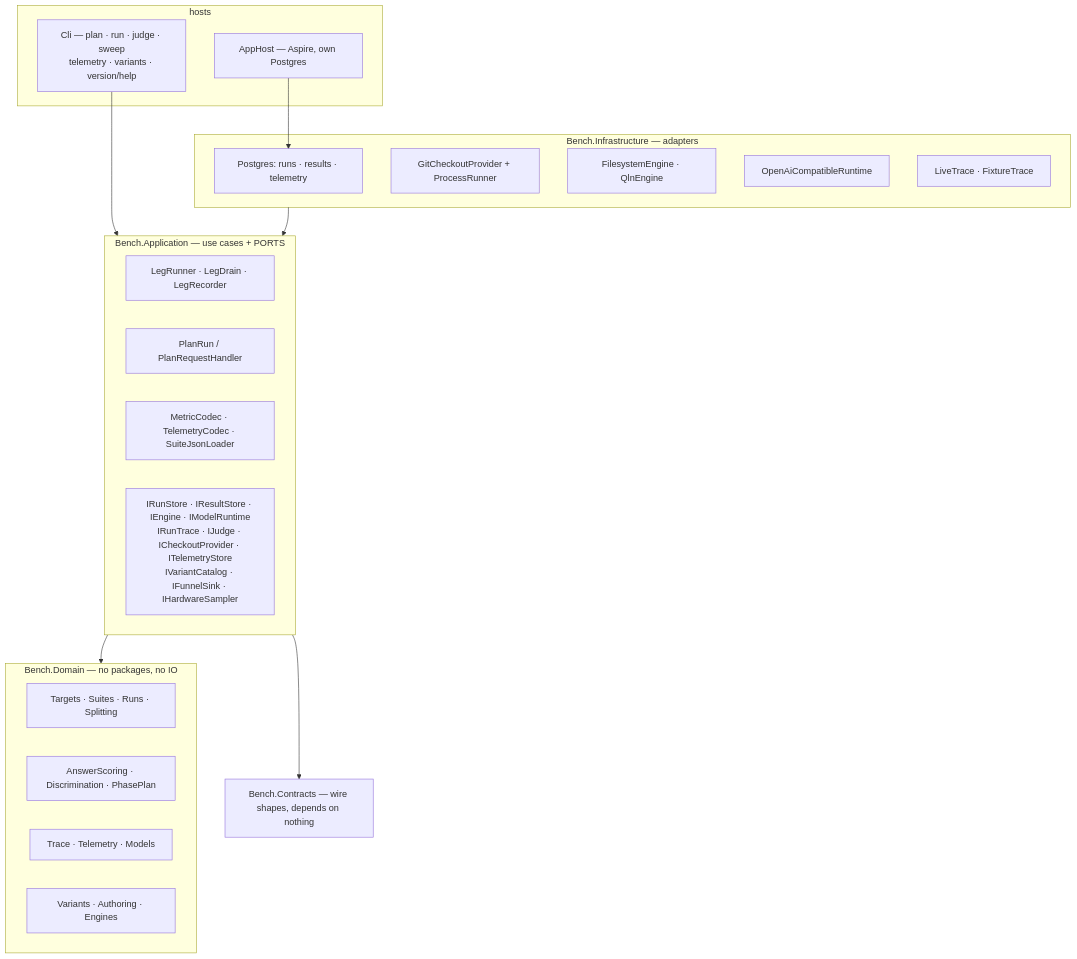
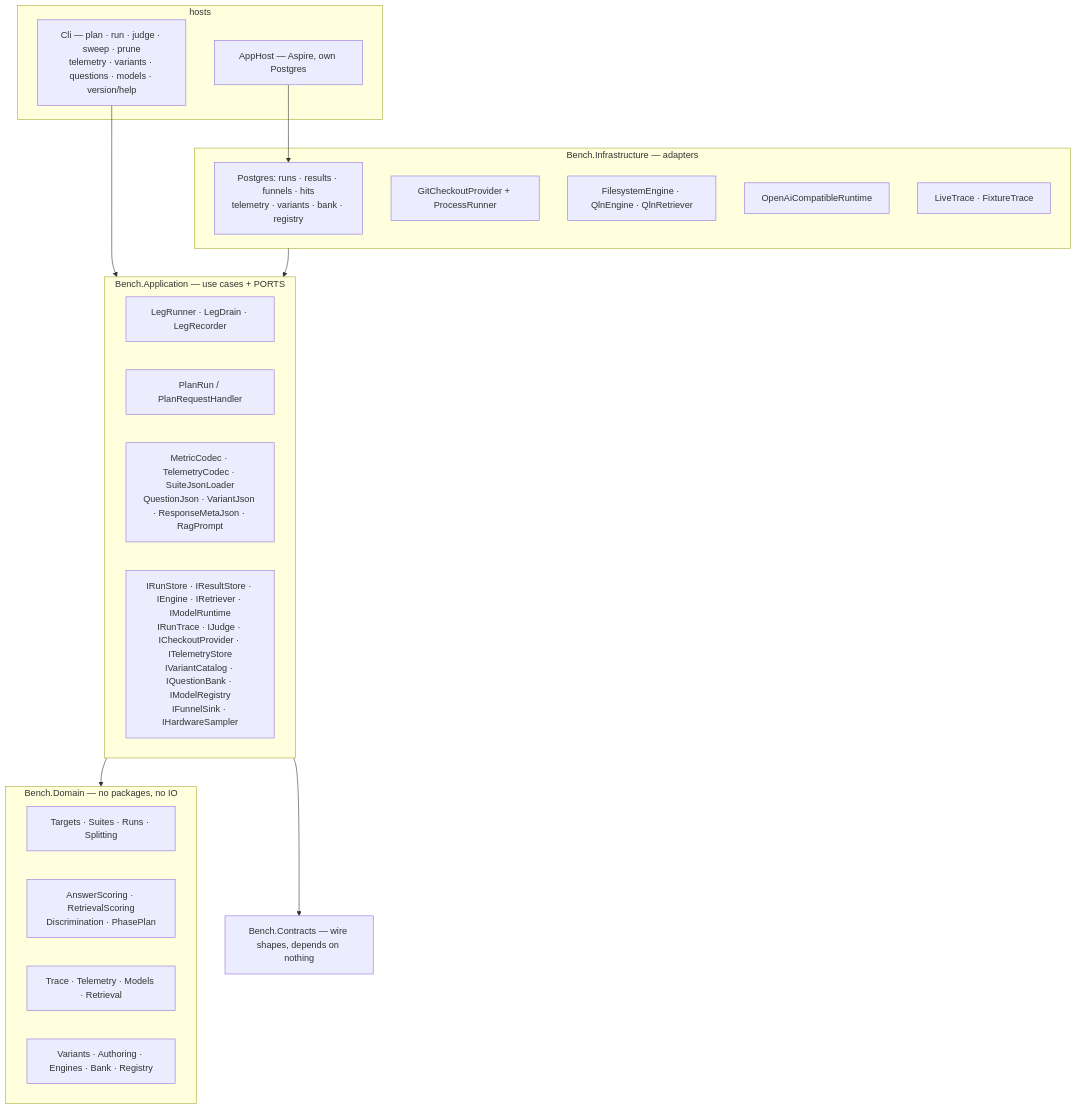
The first of 2 diagrams in research/architecture.md (oleksandrdubyna88/dew_flow_benchmark), drawn with Mermaid before and after one commit. The commit also changed other lines of this file and 42 other files, not shown here.

````diff
--- a/research/architecture.md
+++ b/research/architecture.md
@@ -19,33 +19,33 @@
 ```mermaid
 flowchart TB
     subgraph hosts["hosts"]
-        cli["Cli — plan · run · judge · sweep<br/>telemetry · variants · version/help"]
+        cli["Cli — plan · run · judge · sweep · prune<br/>telemetry · variants · questions · models · version/help"]
         apphost["AppHost — Aspire, own Postgres"]
     end
     subgraph app["Bench.Application — use cases + PORTS"]
         runner["LegRunner · LegDrain · LegRecorder"]
         plan["PlanRun / PlanRequestHandler"]
-        codecs["MetricCodec · TelemetryCodec · SuiteJsonLoader"]
-        ports["IRunStore · IResultStore · IEngine · IModelRuntime<br/>IRunTrace · IJudge · ICheckoutProvider · ITelemetryStore<br/>IVariantCatalog · IFunnelSink · IHardwareSampler"]
+        codecs["MetricCodec · TelemetryCodec · SuiteJsonLoader<br/>QuestionJson · VariantJson · ResponseMetaJson · RagPrompt"]
+        ports["IRunStore · IResultStore · IEngine · IRetriever · IModelRuntime<br/>IRunTrace · IJudge · ICheckoutProvider · ITelemetryStore<br/>IVariantCatalog · IQuestionBank · IModelRegistry<br/>IFunnelSink · IHardwareSampler"]
     end
     subgraph dom["Bench.Domain — no packages, no IO"]
         contract["Targets · Suites · Runs · Splitting"]
-        scoring["AnswerScoring · Discrimination · PhasePlan"]
-        obs["Trace · Telemetry · Models"]
-        axes["Variants · Authoring · Engines"]
+        scoring["AnswerScoring · RetrievalScoring<br/>Discrimination · PhasePlan"]
+        obs["Trace · Telemetry · Models · Retrieval"]
+        axes["Variants · Authoring · Engines · Bank · Registry"]
     end
     subgraph infra["Bench.Infrastructure — adapters"]
-        pg["Postgres: runs · results · telemetry"]
+        pg["Postgres: runs · results · funnels · hits<br/>telemetry · variants · bank · registry"]
         git["GitCheckoutProvider + ProcessRunner"]
-        eng["FilesystemEngine · QlnEngine"]
+        eng["FilesystemEngine · QlnEngine · QlnRetriever"]
         rt["OpenAiCompatibleRuntime"]
         tr["LiveTrace · FixtureTrace"]
     end
     contracts["Bench.Contracts — wire shapes, depends on nothing"]
 
     cli --> app
     apphost --> pg
     app --> dom
     infra --> app
     app --> contracts
 ```
````
